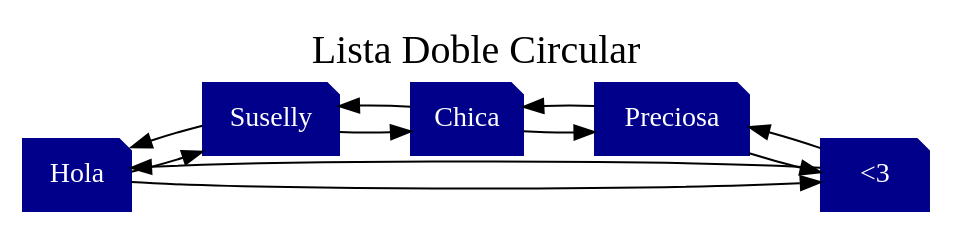
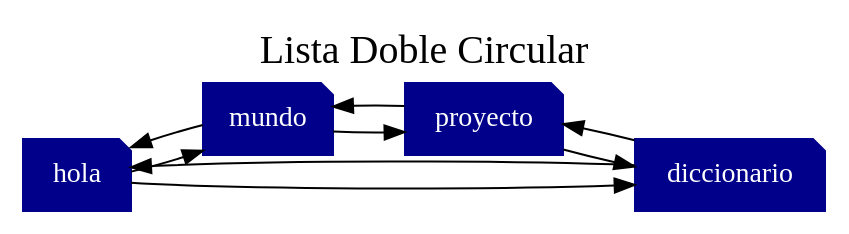
One commit to JoseMorente98/EDD-Proyecto-1 changed the diagram in EDD_1S2020_PY1_201801237/DiccionarioLDC.dot. Above: the diagram before and after it, drawn with Graphviz. The commit also changed 39 other files, not shown here.

```diff
--- a/EDD_1S2020_PY1_201801237/DiccionarioLDC.dot
+++ b/EDD_1S2020_PY1_201801237/DiccionarioLDC.dot
@@ -1,20 +1,17 @@
 digraph DiccionarioListaDobleCircular {rankdir=LR
-node[shape = note];
-graph[label = "Lista Doble Circular", labelloc = t, fontsize = 20];
-node[shape = note,fontcolor = white,style = filled,color = blue4];
-Object0 [label = "Hola"];
-Object1 [label = "Suselly"];
-Object2 [label = "Chica"];
-Object3 [label = "Preciosa"];
-Object4 [label = "<3"];
+	node[shape = note];
+	graph[label = "Lista Doble Circular", labelloc = t, fontsize = 20];
+	node[shape = note,fontcolor = white,style = filled,color = blue4];
+	Object0 [label = "hola"];
+	Object1 [label = "mundo"];
+	Object2 [label = "proyecto"];
+	Object3 [label = "diccionario"];
 	Object0->Object1;
 	Object1->Object0;
 	Object1->Object2;
 	Object2->Object1;
 	Object2->Object3;
 	Object3->Object2;
-	Object3->Object4;
-	Object4->Object3;
-	Object0->Object4;
-	Object4->Object0;
+	Object0->Object3;
+	Object3->Object0;
 }
```
